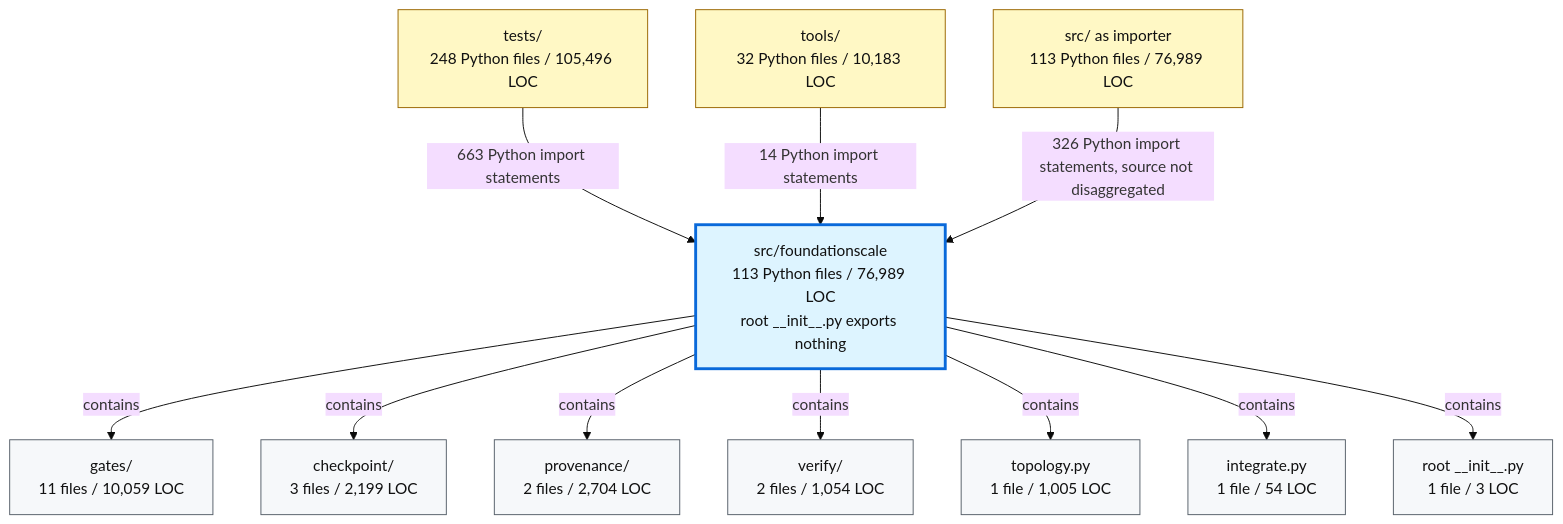
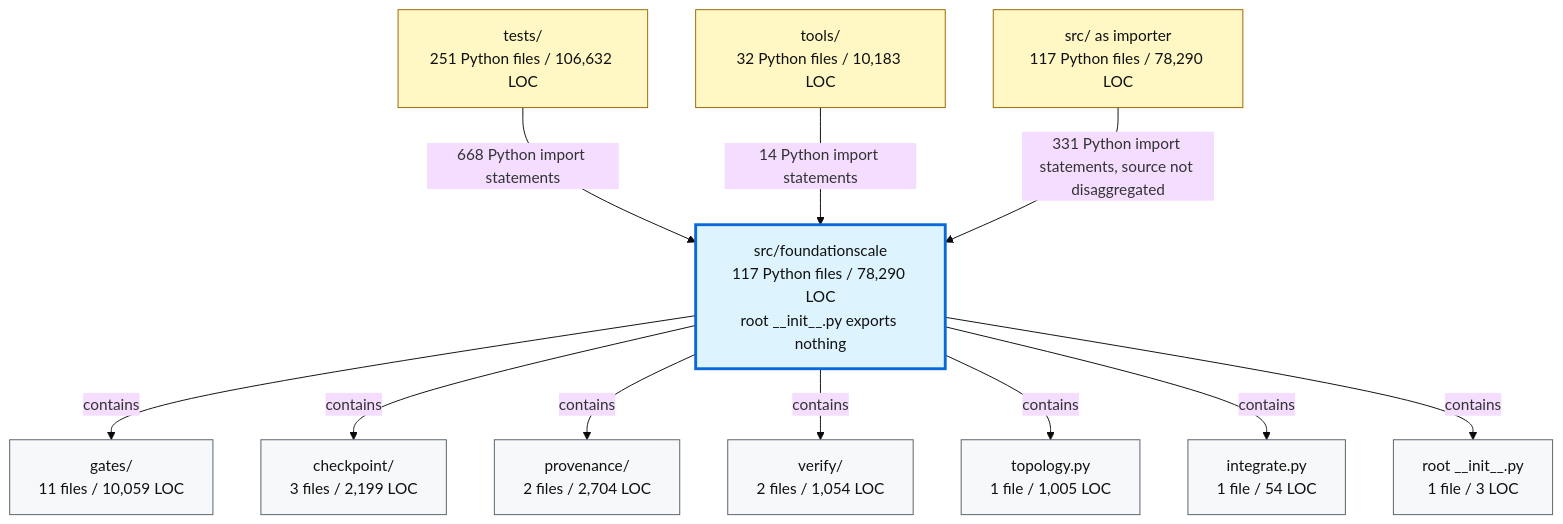
The second of 2 diagrams in docs/review/D2_current_architecture.md (TranNhiem/FoundationScale), drawn with Mermaid (base theme) before and after one commit. The commit also changed other lines of this file and 10 other files, not shown here.

````diff
--- a/docs/review/D2_current_architecture.md
+++ b/docs/review/D2_current_architecture.md
@@ -97,36 +97,36 @@
 ```mermaid
 flowchart TB
-  TESTS["tests/<br/>248 Python files / 105,496 LOC"]
+  TESTS["tests/<br/>251 Python files / 106,632 LOC"]
   TOOLS["tools/<br/>32 Python files / 10,183 LOC"]
-  SRC["src/ as importer<br/>113 Python files / 76,989 LOC"]
+  SRC["src/ as importer<br/>117 Python files / 78,290 LOC"]
 
-  FS["src/foundationscale<br/>113 Python files / 76,989 LOC<br/>root __init__.py exports nothing"]
+  FS["src/foundationscale<br/>117 Python files / 78,290 LOC<br/>root __init__.py exports nothing"]
 
   GATES["gates/<br/>11 files / 10,059 LOC"]
   CKPT["checkpoint/<br/>3 files / 2,199 LOC"]
   PROV["provenance/<br/>2 files / 2,704 LOC"]
   VERIFY["verify/<br/>2 files / 1,054 LOC"]
   TOPO["topology.py<br/>1 file / 1,005 LOC"]
   INTEG["integrate.py<br/>1 file / 54 LOC"]
   ROOT["root __init__.py<br/>1 file / 3 LOC"]
 
-  TESTS -->|"663 Python import statements"| FS
+  TESTS -->|"668 Python import statements"| FS
   TOOLS -->|"14 Python import statements"| FS
-  SRC -->|"326 Python import statements, source not disaggregated"| FS
+  SRC -->|"331 Python import statements, source not disaggregated"| FS
 
   FS -->|"contains"| GATES
   FS -->|"contains"| CKPT
   FS -->|"contains"| PROV
   FS -->|"contains"| VERIFY
   FS -->|"contains"| TOPO
   FS -->|"contains"| INTEG
   FS -->|"contains"| ROOT
 
   classDef consumer fill:#fff8c5,stroke:#9a6700,color:#111;
   classDef package fill:#ddf4ff,stroke:#0969da,stroke-width:3px,color:#111;
   classDef module fill:#f6f8fa,stroke:#57606a,color:#111;
 
   class TESTS,TOOLS,SRC consumer;
   class FS package;
   class GATES,CKPT,PROV,VERIFY,TOPO,INTEG,ROOT module;
 ```
````
